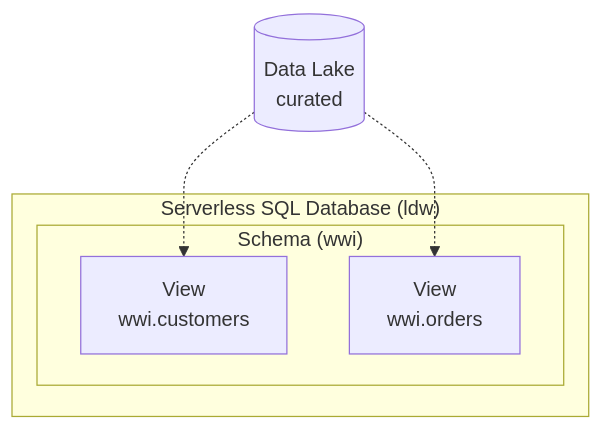
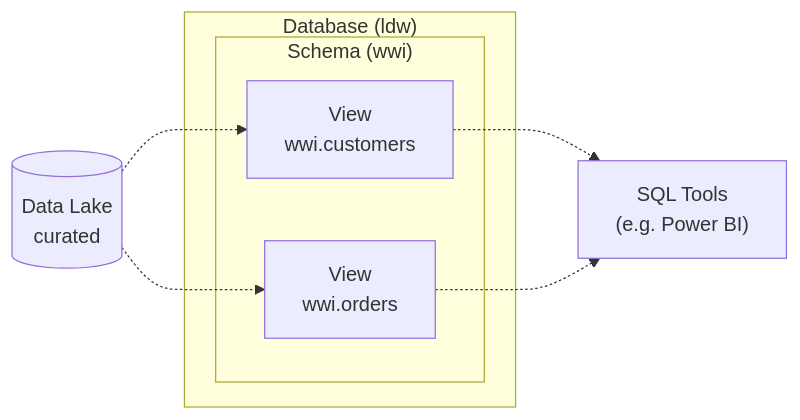
Before and after one commit to tayganr/lakehouse: the diagram in modules/module03.md, drawn with Mermaid.

Commit message:
module03

````diff
--- a/modules/module03.md
+++ b/modules/module03.md
@@ -19,12 +19,15 @@
 ```mermaid
-flowchart TB
+flowchart LR
 ds-.->v1
 ds-.->v2
 ds[(Data Lake\ncurated)]
-subgraph db["Serverless SQL Database (ldw)"]
+bi["SQL Tools\n(e.g. Power BI)"]
+subgraph db["Database (ldw)"]
 subgraph schema["Schema (wwi)"]
 v1[View\nwwi.customers]
 v2[View\nwwi.orders]
 end
 end
+v1-.->bi
+v2-.->bi
 ```
````
